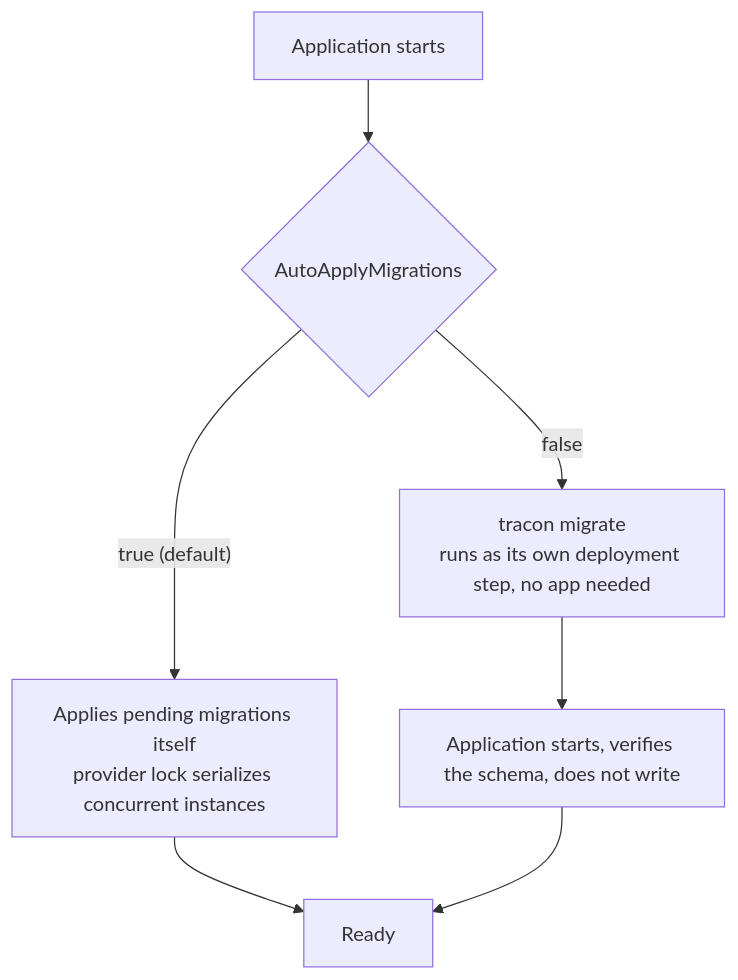
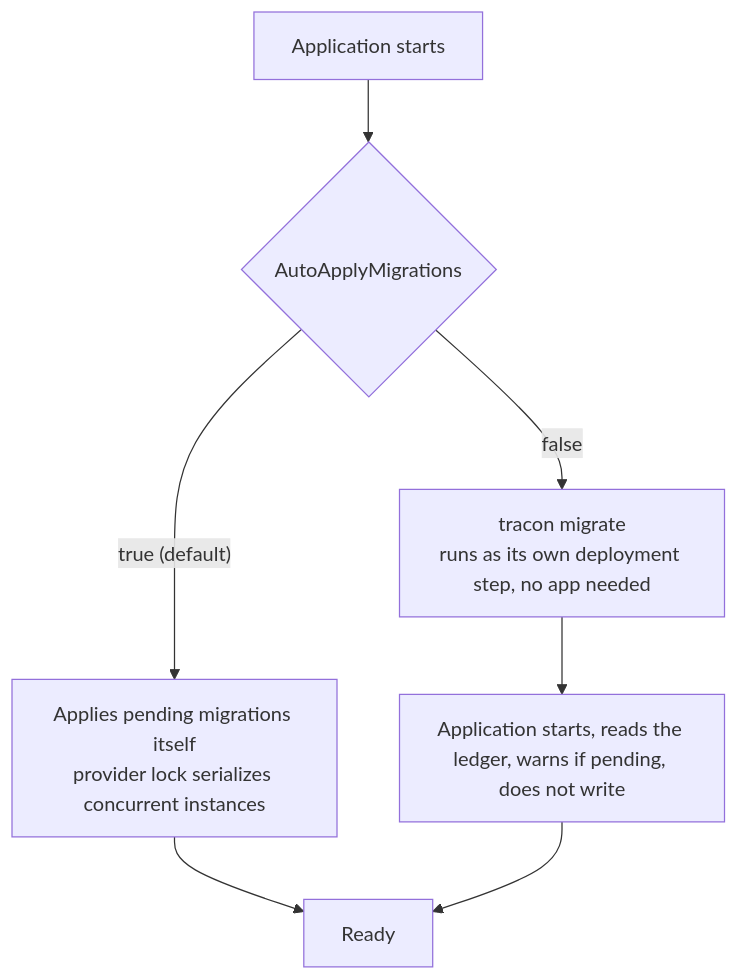
Before and after one commit to farukatasoy/Tracon: the diagram in docs-site/src/content/docs/getting-started/persistence.md, drawn with Mermaid. The commit also changed other lines of this file and 9 other files, not shown here.

Commit message:
fix(sql): a host that applies no migration itself warns when the schema is not there

````diff
--- a/docs-site/src/content/docs/getting-started/persistence.md
+++ b/docs-site/src/content/docs/getting-started/persistence.md
@@ -116,11 +116,11 @@
 ```mermaid
 flowchart TD
     accTitle: Two ways a migration is applied
-    accDescr: With AutoApplyMigrations true, the application applies pending migrations itself at startup. With it false, a separate tracon migrate step applies the schema first, and the application only verifies it before starting.
+    accDescr: With AutoApplyMigrations true, the application applies pending migrations itself at startup. With it false, a separate tracon migrate step applies the schema first, and the application only reads the migration ledger at startup and warns when migrations are pending.
     START["Application starts"] --> CHECK{"AutoApplyMigrations"}
     CHECK -->|"true (default)"| APPLY["Applies pending migrations itself<br/>provider lock serializes concurrent instances"]
     CHECK -->|"false"| SEPARATE["tracon migrate<br/>runs as its own deployment step, no app needed"]
-    SEPARATE --> APP2["Application starts, verifies the schema, does not write"]
+    SEPARATE --> APP2["Application starts, reads the ledger, warns if pending, does not write"]
     APPLY --> READY["Ready"]
     APP2 --> READY
 ```
````
